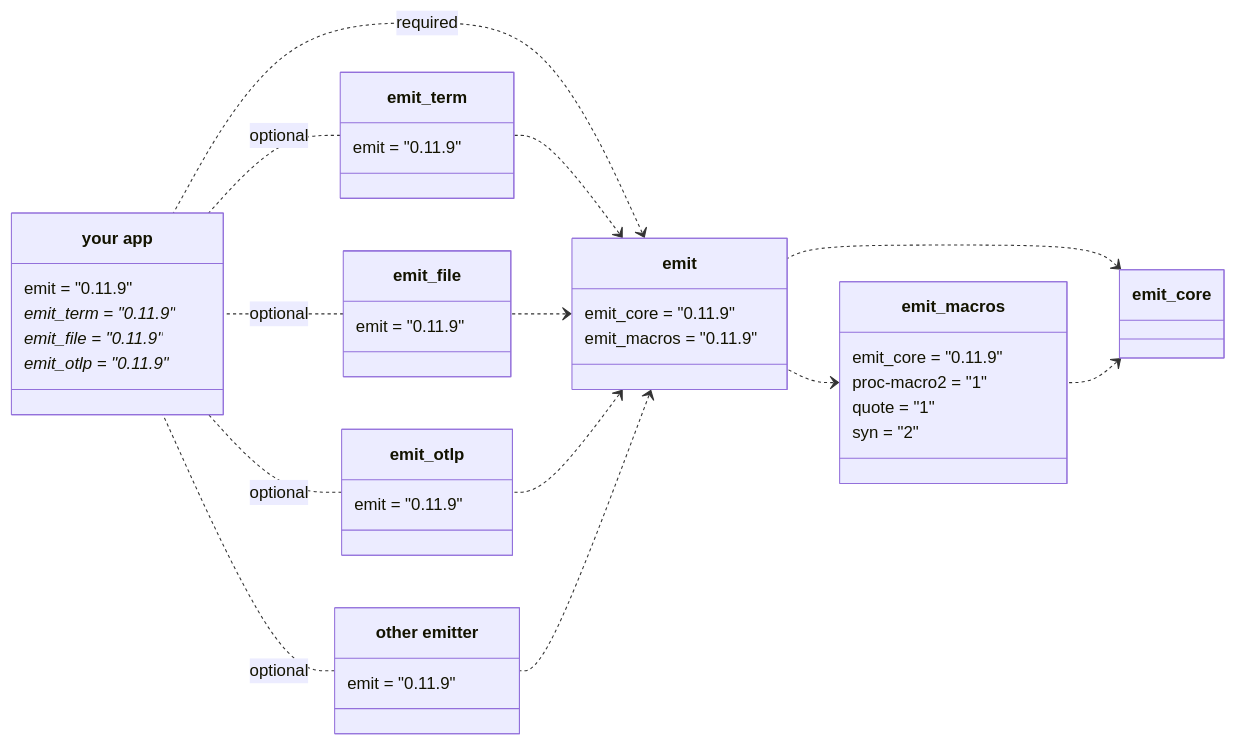
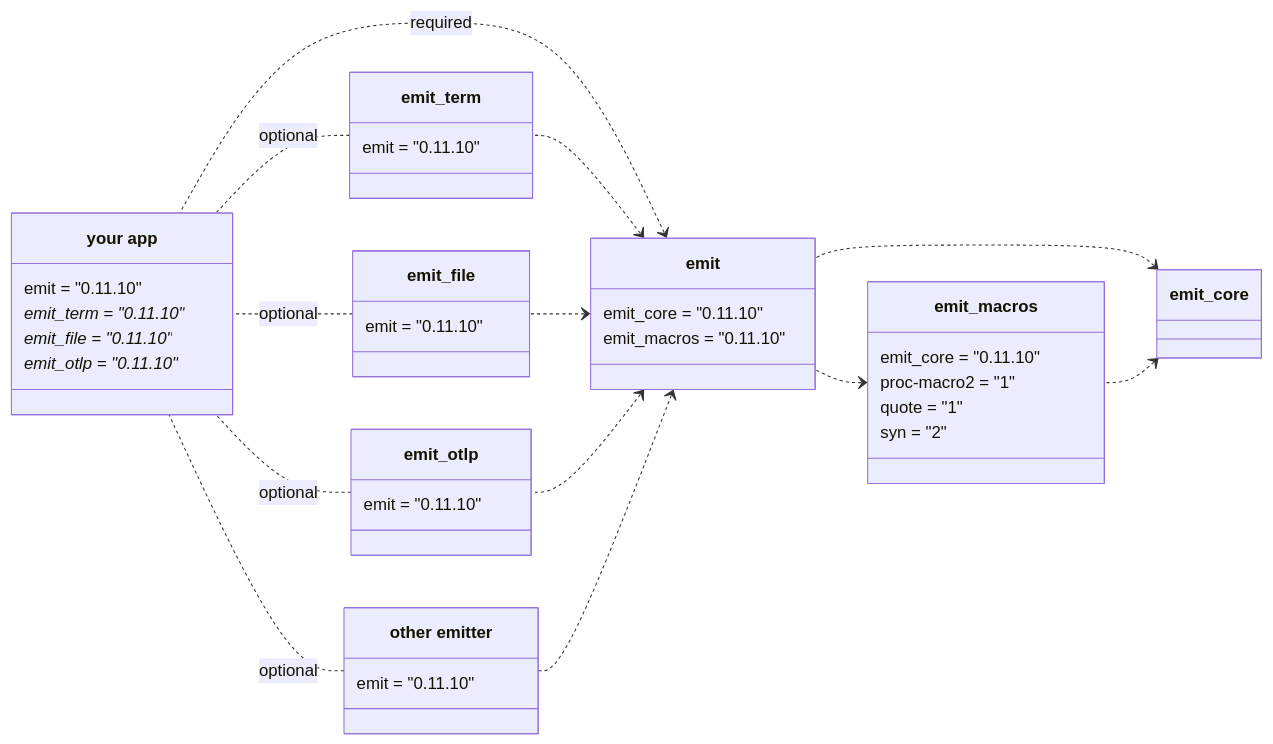
Before and after one commit to emit-rs/emit: the first of 5 diagrams in book/src/reference/architecture.md, drawn with Mermaid. The commit also changed other lines of this file and 58 other files, not shown here.

````diff
--- a/book/src/reference/architecture.md
+++ b/book/src/reference/architecture.md
@@ -9,62 +9,62 @@
 ```mermaid
 classDiagram
     direction RL
     
     emit_core <.. emit_macros
     emit_core <.. emit
     emit_macros <.. emit
 
     class emit_macros {
-        emit_core = "0.11.9"
+        emit_core = "0.11.10"
         proc-macro2 = "1"
         quote = "1"
         syn = "2"
     }
 
     emit <.. emit_term
     emit <.. emit_file
     emit <.. emit_otlp
     emit <.. emit_custom
 
     emit <.. app : required
 
     class emit {
-        emit_core = "0.11.9"
-        emit_macros = "0.11.9"
+        emit_core = "0.11.10"
+        emit_macros = "0.11.10"
     }
 
     emit_term .. app : optional
     emit_file .. app : optional
     emit_otlp .. app : optional
     emit_custom .. app : optional
 
     class emit_term {
-        emit = "0.11.9"
+        emit = "0.11.10"
     }
 
     class emit_file {
-        emit = "0.11.9"
+        emit = "0.11.10"
     }
 
     class emit_otlp {
-        emit = "0.11.9"
+        emit = "0.11.10"
     }
 
     class emit_custom["other emitter"] {
-        emit = "0.11.9"
+        emit = "0.11.10"
     }
 
     class app["your app"] {
-        emit = "0.11.9"
-        emit_term = "0.11.9"*
-        emit_file = "0.11.9"*
-        emit_otlp = "0.11.9"*
+        emit = "0.11.10"
+        emit_term = "0.11.10"*
+        emit_file = "0.11.10"*
+        emit_otlp = "0.11.10"*
     }
 
-    click emit_core href "https://docs.rs/emit_core/0.11.9/emit_core/index.html"
-    click emit_macros href "https://docs.rs/emit_macros/0.11.9/emit_macros/index.html"
-    click emit href "https://docs.rs/emit/0.11.9/emit/index.html"
-    click emit_term href "https://docs.rs/emit_term/0.11.9/emit_term/index.html"
-    click emit_file href "https://docs.rs/emit_file/0.11.9/emit_file/index.html"
-    click emit_otlp href "https://docs.rs/emit_otlp/0.11.9/emit_otlp/index.html"
+    click emit_core href "https://docs.rs/emit_core/0.11.10/emit_core/index.html"
+    click emit_macros href "https://docs.rs/emit_macros/0.11.10/emit_macros/index.html"
+    click emit href "https://docs.rs/emit/0.11.10/emit/index.html"
+    click emit_term href "https://docs.rs/emit_term/0.11.10/emit_term/index.html"
+    click emit_file href "https://docs.rs/emit_file/0.11.10/emit_file/index.html"
+    click emit_otlp href "https://docs.rs/emit_otlp/0.11.10/emit_otlp/index.html"
 ```
````
